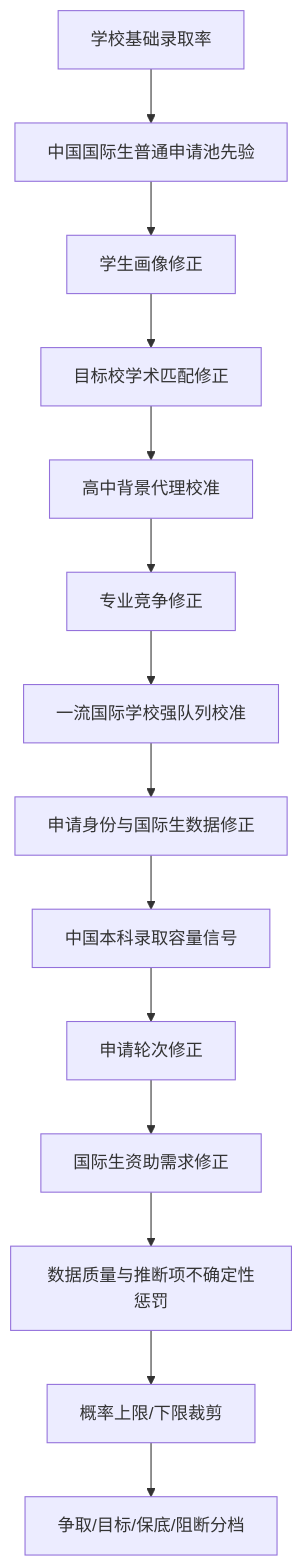
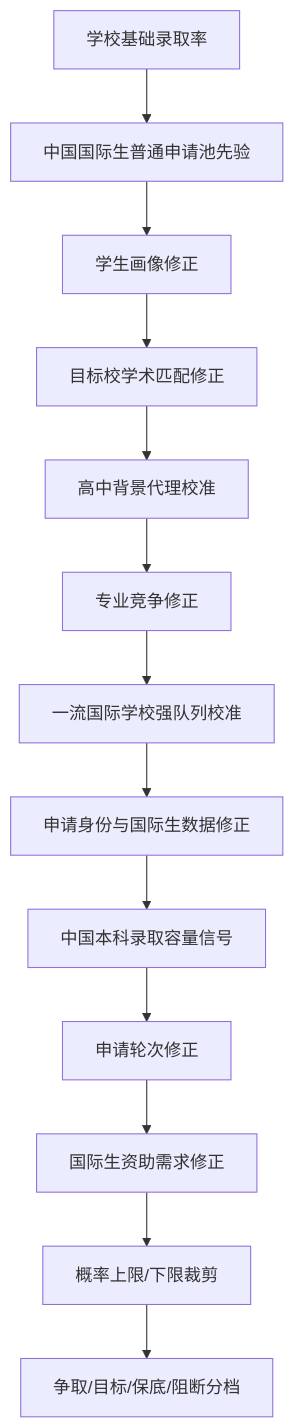
The second of 2 diagrams in docs/calculation-flow.md (qyf9794/Admission-Calculator), drawn with Mermaid before and after one commit. The commit also changed other lines of this file and 17 other files, not shown here.

````diff
--- a/docs/calculation-flow.md
+++ b/docs/calculation-flow.md
@@ -37,16 +37,15 @@
 ```mermaid
 flowchart TD
     A["学校基础录取率"] --> B["中国国际生普通申请池先验"]
     B --> C["学生画像修正"]
     C --> D["目标校学术匹配修正"]
     D --> E["高中背景代理校准"]
     E --> F["专业竞争修正"]
     F --> G["一流国际学校强队列校准"]
     G --> H["申请身份与国际生数据修正"]
     H --> I["中国本科录取容量信号"]
     I --> J["申请轮次修正"]
     J --> K["国际生资助需求修正"]
-    K --> L["数据质量与推断项不确定性惩罚"]
-    L --> M["概率上限/下限裁剪"]
+    K --> M["概率上限/下限裁剪"]
     M --> N["争取/目标/保底/阻断分档"]
 ```
````
